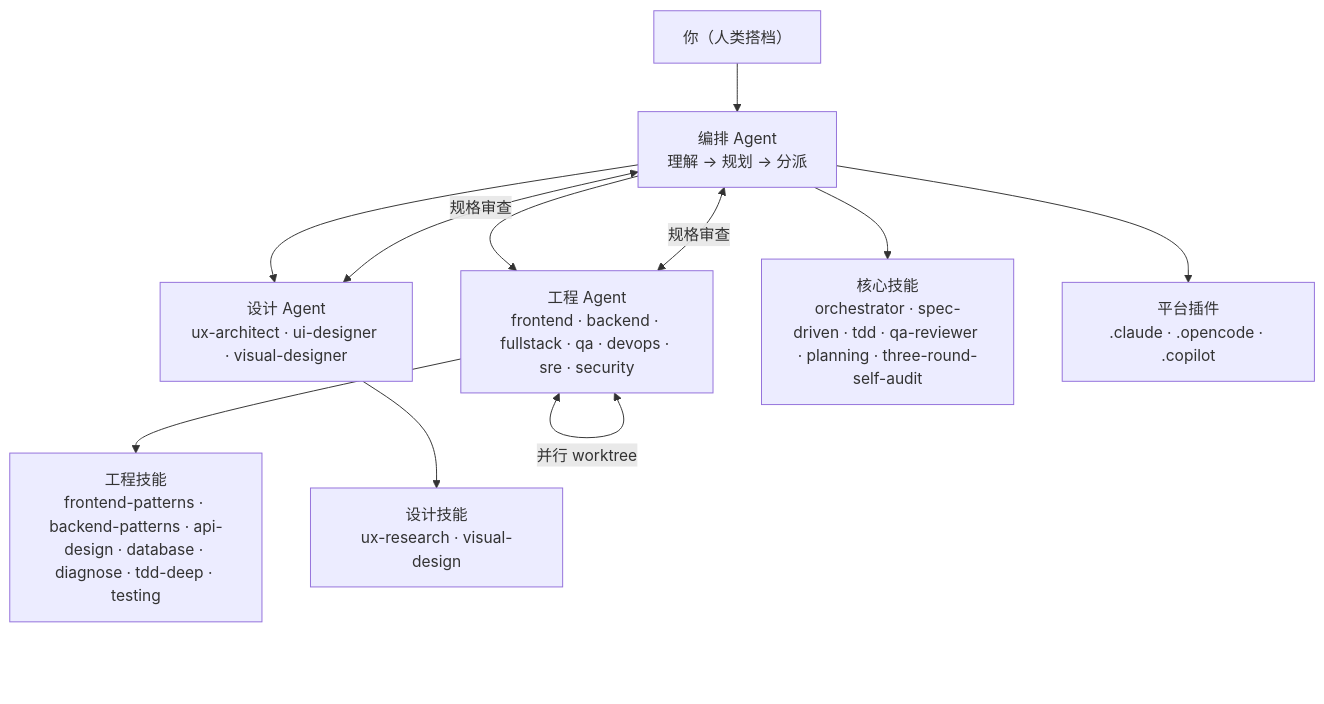
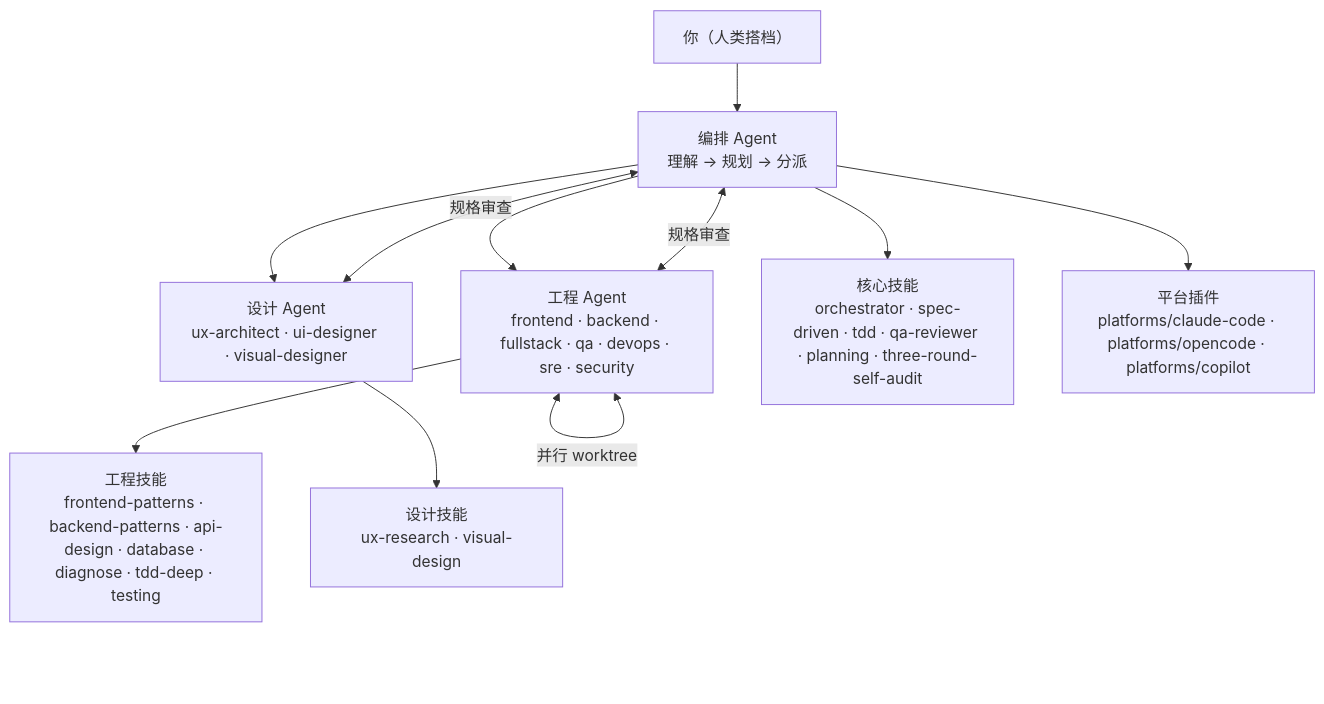
The diagram in README_zh.md (fcmfcm01/ai-dev-team-framework), drawn with Mermaid before and after one commit. The commit also changed other lines of this file and 29 other files, not shown here.

````diff
--- a/README_zh.md
+++ b/README_zh.md
@@ -13,23 +13,23 @@
 ```mermaid
 graph TD
     HP["你（人类搭档）"]
     ORC["编排 Agent<br/>理解 → 规划 → 分派"]
     EA["工程 Agent<br/>frontend · backend · fullstack · qa · devops · sre · security"]
     DA["设计 Agent<br/>ux-architect · ui-designer · visual-designer"]
     CS["核心技能<br/>orchestrator · spec-driven · tdd · qa-reviewer · planning · three-round-self-audit"]
     ES["工程技能<br/>frontend-patterns · backend-patterns · api-design · database · diagnose · tdd-deep · testing"]
     DS["设计技能<br/>ux-research · visual-design"]
-    PP["平台插件<br/>.claude · .opencode · .copilot"]
+    PP["平台插件<br/>platforms/claude-code · platforms/opencode · platforms/copilot"]
 
     HP --> ORC
     ORC --> EA
     ORC --> DA
     ORC --> CS
     EA --> ES
     DA --> DS
     ORC --> PP
 
     EA <-->|"并行 worktree"| EA
     EA <-->|"规格审查"| ORC
     DA <-->|"规格审查"| ORC
 ```
````
